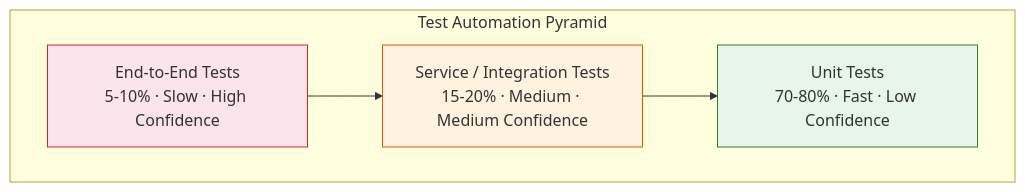
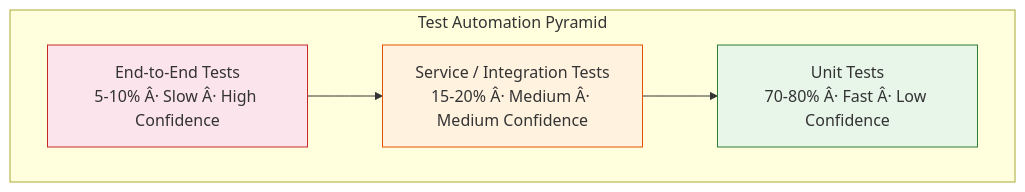
One commit to Raushan666java/ai-engineering-journey changed the second of 7 diagrams in docs/courses/software-engineering/06-testing.md. Above: the diagram before and after it, drawn with Mermaid. The commit also changed other lines of this file and 735 other files, not shown here.

````diff
--- a/docs/courses/software-engineering/06-testing.md
+++ b/docs/courses/software-engineering/06-testing.md
@@ -71,15 +71,15 @@
 ```mermaid
 graph TD
     classDef e2e fill:#fce4ec,stroke:#c62828
     classDef svc fill:#fff3e0,stroke:#e65100
     classDef unit fill:#e8f5e9,stroke:#2e7d32
 
     subgraph "Test Automation Pyramid"
-        E2E[End-to-End Tests<br>5-10% · Slow · High Confidence]:::e2e
-        SVC[Service / Integration Tests<br>15-20% · Medium · Medium Confidence]:::svc
-        UNIT[Unit Tests<br>70-80% · Fast · Low Confidence]:::unit
+        E2E[End-to-End Tests<br>5-10% Â· Slow Â· High Confidence]:::e2e
+        SVC[Service / Integration Tests<br>15-20% Â· Medium Â· Medium Confidence]:::svc
+        UNIT[Unit Tests<br>70-80% Â· Fast Â· Low Confidence]:::unit
     end
     
     E2E --> SVC
     SVC --> UNIT
 ```
````
